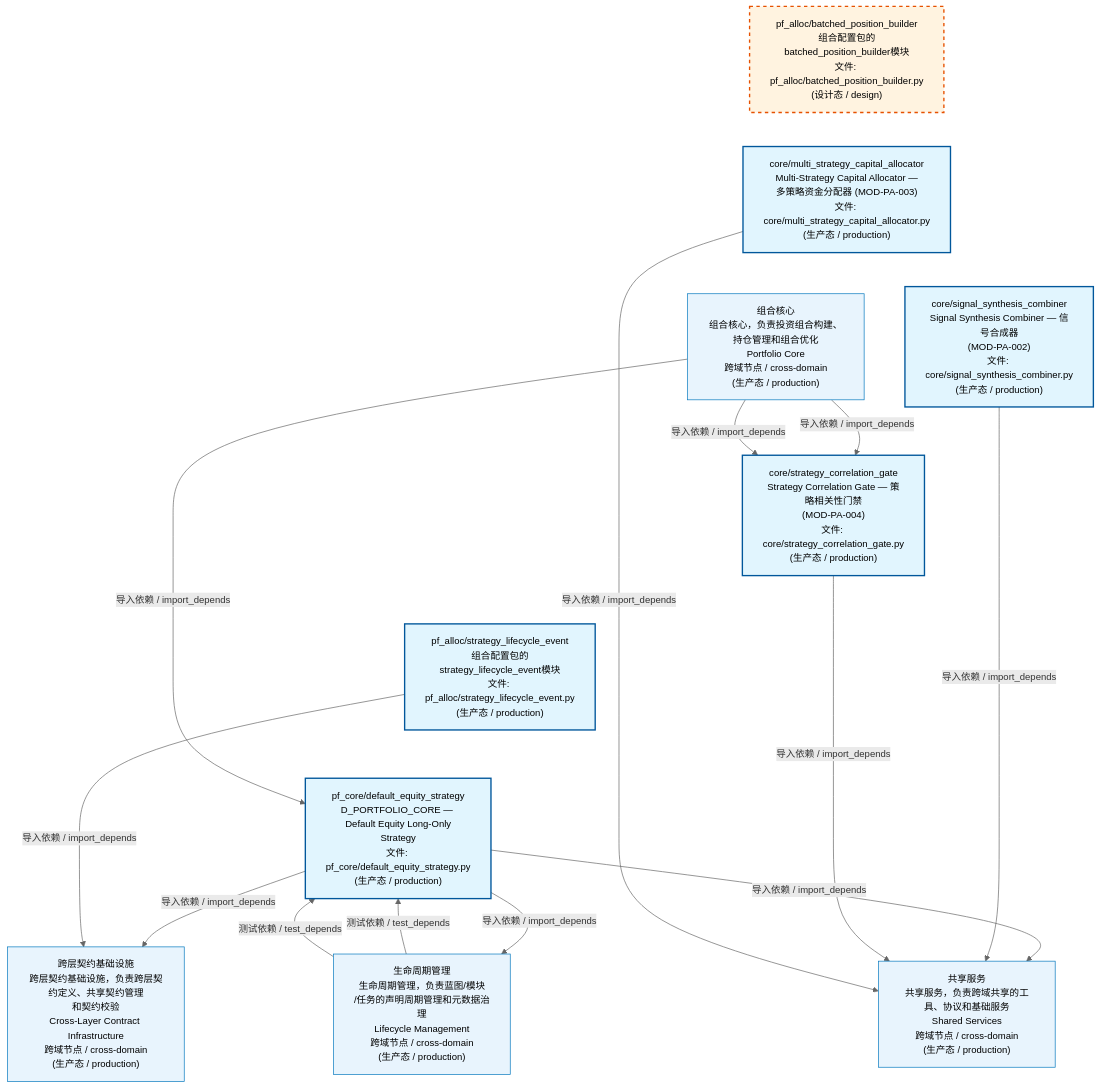
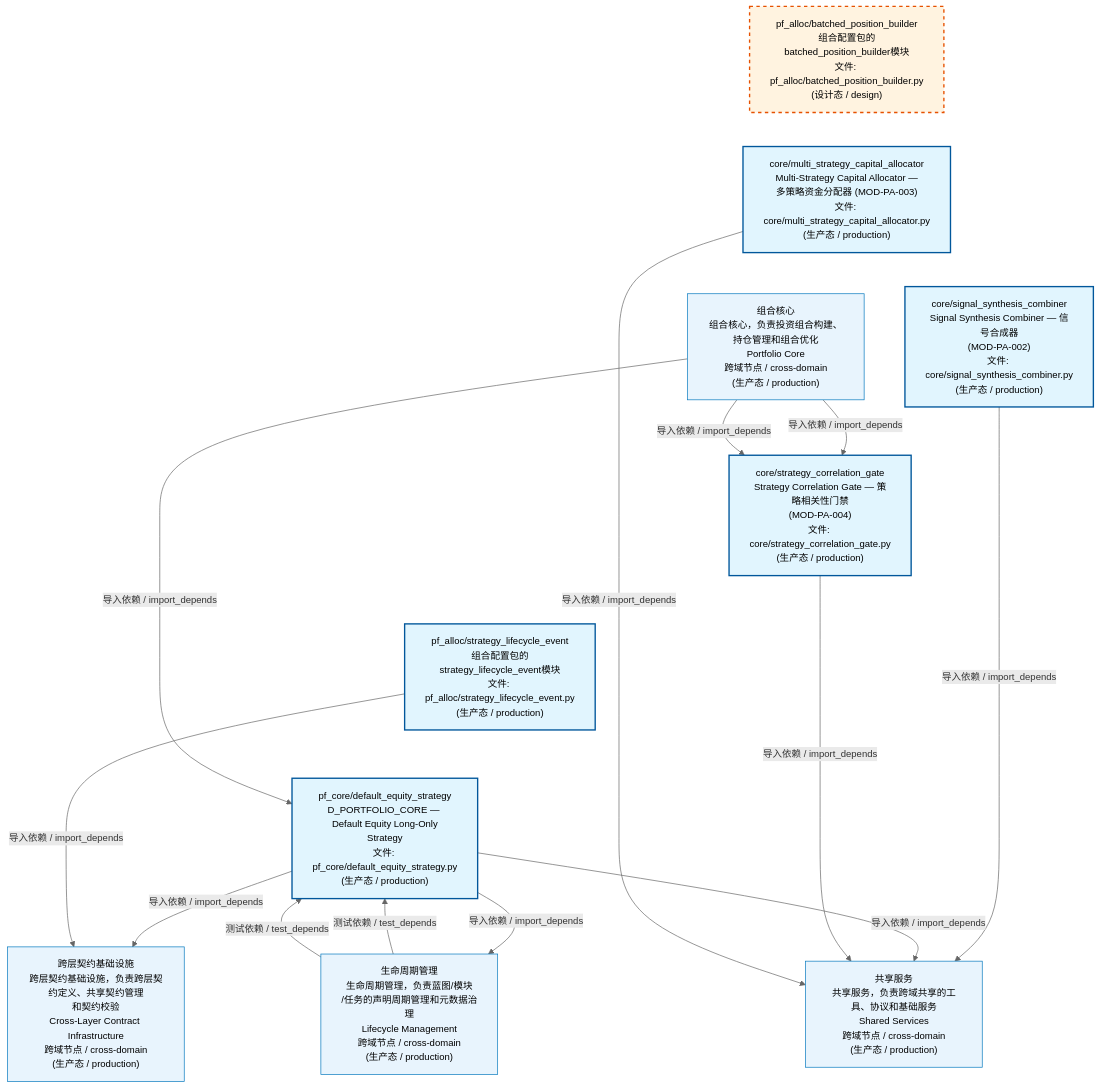
The first of 4 diagrams in docs/02_enterprise_architecture/02_domain_architecture_docs/62_d_pf_alloc.md (xuanFelixVan/ZephyrAlpha), drawn with Mermaid before and after one commit. The commit also changed 48 other files, not shown here.

````diff
--- a/docs/02_enterprise_architecture/02_domain_architecture_docs/62_d_pf_alloc.md
+++ b/docs/02_enterprise_architecture/02_domain_architecture_docs/62_d_pf_alloc.md
@@ -53,38 +53,38 @@
 ```mermaid
 %%{init: {'theme': 'base', 'themeVariables': {'primaryColor': '#eaeaea', 'primaryTextColor': '#333333', 'primaryBorderColor': '#666666', 'lineColor': '#666666', 'secondaryColor': '#eaeaea', 'tertiaryColor': '#eaeaea', 'fontSize': '14px'}}}%%
 flowchart TD
     src_zephyr_pf_alloc_batched_position_builder_py["pf_alloc/batched_position_builder<br/>组合配置包的batched_position_builder模块<br/>文件: pf_alloc/batched_position_builder.py<br/>(设计态 / design)"]
     src_zephyr_pf_alloc_core_multi_strategy_capital_allocator_py["core/multi_strategy_capital_allocator<br/>Multi-Strategy Capital Allocator —<br/>多策略资金分配器 (MOD-PA-003)<br/>文件: core/multi_strategy_capital_allocator.py<br/>(生产态 / production)"]
     src_zephyr_pf_alloc_core_signal_synthesis_combiner_py["core/signal_synthesis_combiner<br/>Signal Synthesis Combiner — 信号合成器<br/>(MOD-PA-002)<br/>文件: core/signal_synthesis_combiner.py<br/>(生产态 / production)"]
     src_zephyr_pf_alloc_core_strategy_correlation_gate_py["core/strategy_correlation_gate<br/>Strategy Correlation Gate — 策略相关性门禁<br/>(MOD-PA-004)<br/>文件: core/strategy_correlation_gate.py<br/>(生产态 / production)"]
     src_zephyr_pf_alloc_strategy_lifecycle_event_py["pf_alloc/strategy_lifecycle_event<br/>组合配置包的strategy_lifecycle_event模块<br/>文件: pf_alloc/strategy_lifecycle_event.py<br/>(生产态 / production)"]
     src_zephyr_pf_core_default_equity_strategy_py["pf_core/default_equity_strategy<br/>D_PORTFOLIO_CORE — Default Equity Long-Only<br/>Strategy<br/>文件: pf_core/default_equity_strategy.py<br/>(生产态 / production)"]
     src_zephyr_pf_alloc_batched_position_builder_py ~~~ src_zephyr_pf_alloc_core_multi_strategy_capital_allocator_py
     src_zephyr_pf_alloc_core_multi_strategy_capital_allocator_py ~~~ src_zephyr_pf_alloc_core_signal_synthesis_combiner_py
     src_zephyr_pf_alloc_core_signal_synthesis_combiner_py ~~~ src_zephyr_pf_alloc_core_strategy_correlation_gate_py
     src_zephyr_pf_alloc_core_strategy_correlation_gate_py ~~~ src_zephyr_pf_alloc_strategy_lifecycle_event_py
     src_zephyr_pf_alloc_strategy_lifecycle_event_py ~~~ src_zephyr_pf_core_default_equity_strategy_py
+    D_SHARED["共享服务<br/>共享服务，负责跨域共享的工具、协议和基础服务<br/>Shared Services<br/>跨域节点 / cross-domain<br/>(生产态 / production)"]
+    src_zephyr_pf_alloc_core_signal_synthesis_combiner_py -->|导入依赖 / import_depends| D_SHARED
     D_GOVERNANCE["生命周期管理<br/>生命周期管理，负责蓝图/模块<br/>/任务的声明周期管理和元数据治理<br/>Lifecycle Management<br/>跨域节点 / cross-domain<br/>(生产态 / production)"]
     src_zephyr_pf_core_default_equity_strategy_py -->|导入依赖 / import_depends| D_GOVERNANCE
-    D_SHARED["共享服务<br/>共享服务，负责跨域共享的工具、协议和基础服务<br/>Shared Services<br/>跨域节点 / cross-domain<br/>(生产态 / production)"]
     src_zephyr_pf_core_default_equity_strategy_py -->|导入依赖 / import_depends| D_SHARED
-    src_zephyr_pf_alloc_core_signal_synthesis_combiner_py -->|导入依赖 / import_depends| D_SHARED
     src_zephyr_pf_alloc_core_strategy_correlation_gate_py -->|导入依赖 / import_depends| D_SHARED
     src_zephyr_pf_alloc_core_multi_strategy_capital_allocator_py -->|导入依赖 / import_depends| D_SHARED
     D_INFRASTRUCTURE["跨层契约基础设施<br/>跨层契约基础设施，负责跨层契约定义、共享契约管理<br/>和契约校验<br/>Cross-Layer Contract Infrastructure<br/>跨域节点 / cross-domain<br/>(生产态 / production)"]
     src_zephyr_pf_core_default_equity_strategy_py -->|导入依赖 / import_depends| D_INFRASTRUCTURE
     src_zephyr_pf_alloc_strategy_lifecycle_event_py -->|导入依赖 / import_depends| D_INFRASTRUCTURE
     D_PF_CORE["组合核心<br/>组合核心，负责投资组合构建、持仓管理和组合优化<br/>Portfolio Core<br/>跨域节点 / cross-domain<br/>(生产态 / production)"]
     D_PF_CORE -->|导入依赖 / import_depends| src_zephyr_pf_alloc_core_strategy_correlation_gate_py
     D_GOVERNANCE -->|测试依赖 / test_depends| src_zephyr_pf_core_default_equity_strategy_py
     D_GOVERNANCE -->|测试依赖 / test_depends| src_zephyr_pf_core_default_equity_strategy_py
     D_PF_CORE -->|导入依赖 / import_depends| src_zephyr_pf_core_default_equity_strategy_py
     D_PF_CORE -->|导入依赖 / import_depends| src_zephyr_pf_alloc_core_strategy_correlation_gate_py
     classDef production fill:#e1f5fe,stroke:#01579b,stroke-width:2px,color:#000
     classDef design fill:#fff3e0,stroke:#e65100,stroke-width:2px,color:#000,stroke-dasharray: 5 5
     classDef external_prod fill:#e8f4fd,stroke:#0277bd,stroke-width:1px,color:#000
     classDef external_design fill:#fff8e7,stroke:#ef6c00,stroke-width:1px,color:#000,stroke-dasharray: 5 5
     class src_zephyr_pf_alloc_core_multi_strategy_capital_allocator_py,src_zephyr_pf_alloc_core_signal_synthesis_combiner_py,src_zephyr_pf_alloc_core_strategy_correlation_gate_py,src_zephyr_pf_alloc_strategy_lifecycle_event_py,src_zephyr_pf_core_default_equity_strategy_py production
     class src_zephyr_pf_alloc_batched_position_builder_py design
-    class D_GOVERNANCE,D_SHARED,D_INFRASTRUCTURE,D_PF_CORE external_prod
+    class D_SHARED,D_GOVERNANCE,D_INFRASTRUCTURE,D_PF_CORE external_prod
 ```
````
